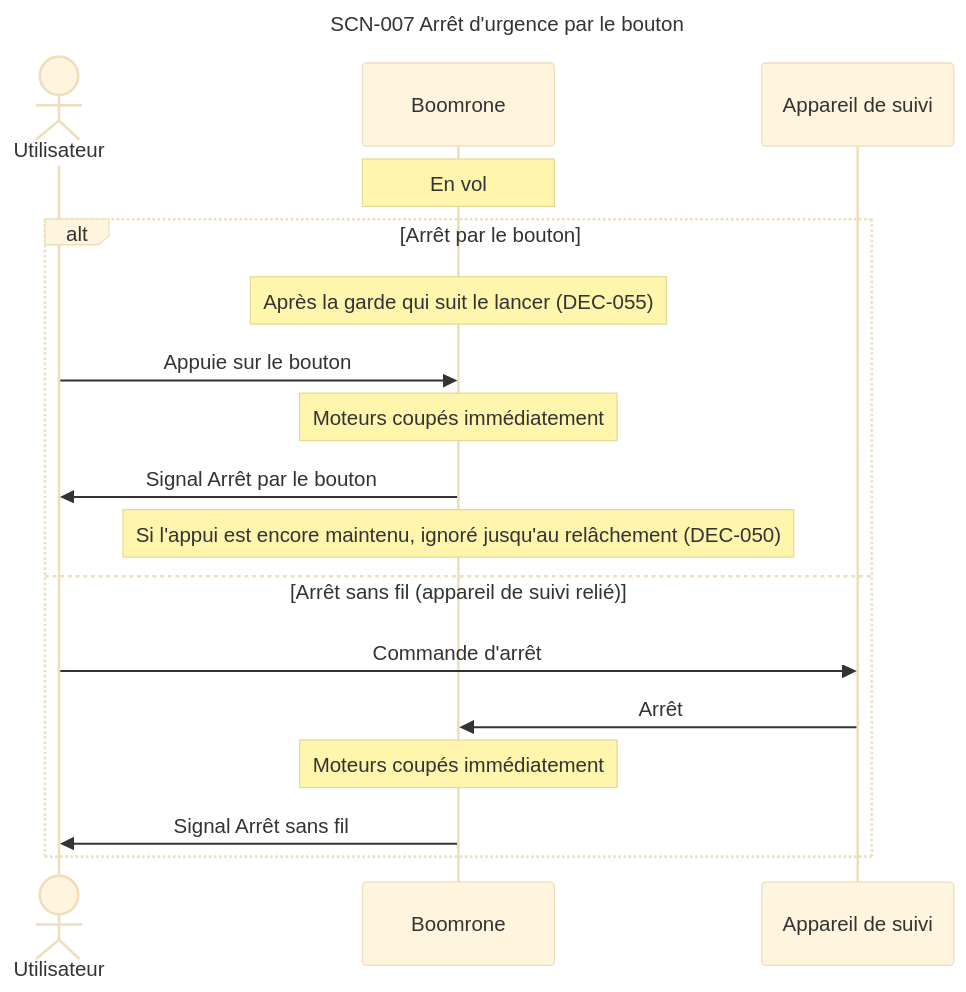
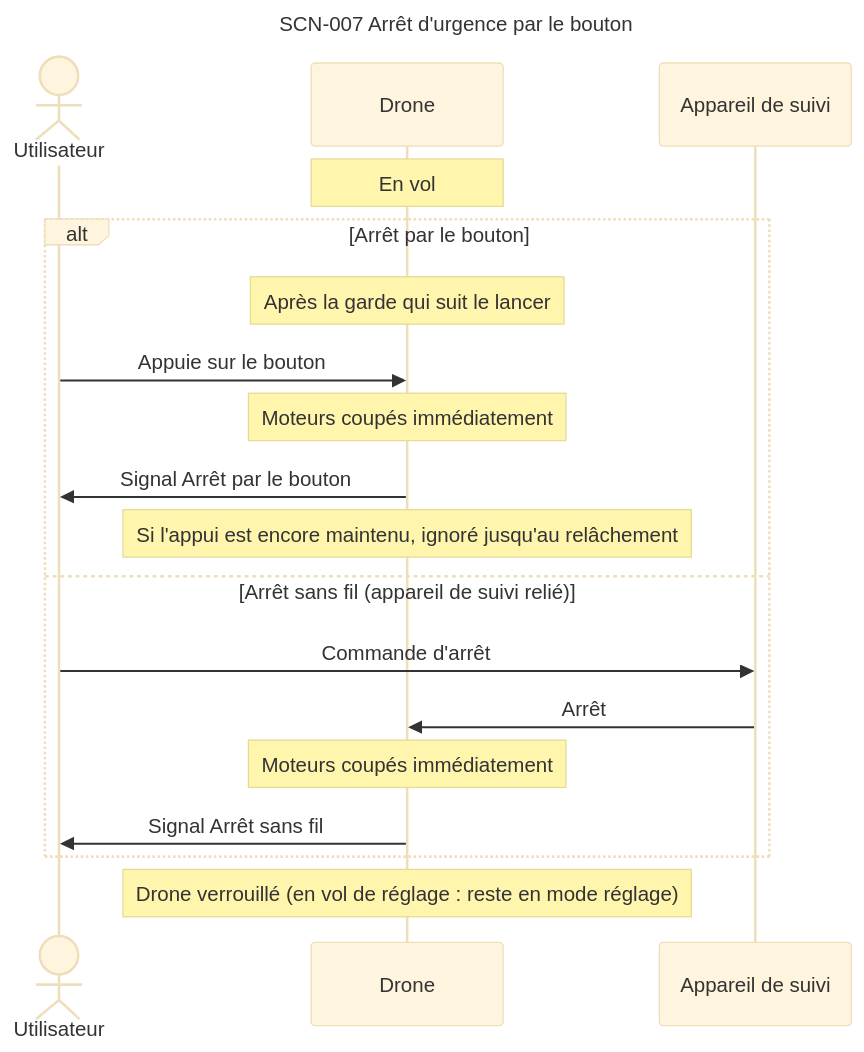
Before and after one commit to thourymatthieu-png/coworker_archi_system: diagram 11 of 15 in projets/boomrone/00-scenarios.md, drawn with Mermaid (base theme). The commit also changed other lines of this file and 5 other files, not shown here.

Commit message:
Boomrone : diagrammes d'ensemble scindés (a, b, c), glossaire, relectures de porte, DEC-083 à DEC-086, doutes DOU-085 à DOU-090

````diff
--- a/projets/boomrone/00-scenarios.md
+++ b/projets/boomrone/00-scenarios.md
@@ -357,22 +531,23 @@
 ```mermaid
 ---
 title: "SCN-007 Arrêt d'urgence par le bouton"
 ---
 sequenceDiagram
     actor U as Utilisateur
-    participant D as Boomrone
+    participant D as Drone
     participant A as Appareil de suivi
     Note over D: En vol
     alt Arrêt par le bouton
-        Note over D: Après la garde qui suit le lancer (DEC-055)
+        Note over D: Après la garde qui suit le lancer
         U->>D: Appuie sur le bouton
         Note over D: Moteurs coupés immédiatement
         D->>U: Signal Arrêt par le bouton
-        Note over D: Si l'appui est encore maintenu, ignoré jusqu'au relâchement (DEC-050)
+        Note over D: Si l'appui est encore maintenu, ignoré jusqu'au relâchement
     else Arrêt sans fil (appareil de suivi relié)
         U->>A: Commande d'arrêt
         A->>D: Arrêt
         Note over D: Moteurs coupés immédiatement
         D->>U: Signal Arrêt sans fil
     end
+    Note over D: Drone verrouillé (en vol de réglage : reste en mode réglage)
 ```
````
